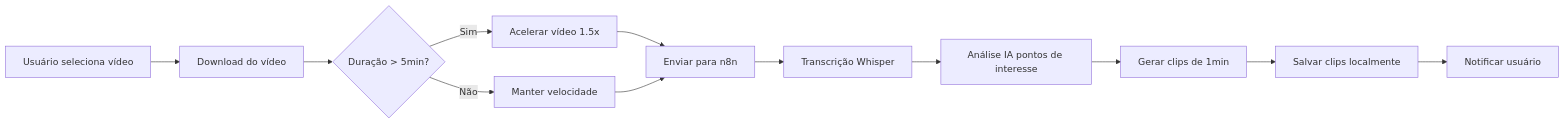
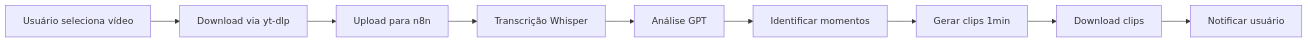
One commit to rodrigomj87/Clipper changed the diagram in README.md. Above: the diagram before and after it, drawn with Mermaid. The commit also changed other lines of this file, not shown here.

````diff
--- a/README.md
+++ b/README.md
@@ -148,14 +187,11 @@
 ```mermaid
 graph LR
-    A[Usuário seleciona vídeo] --> B[Download do vídeo]
-    B --> C{Duração > 5min?}
-    C -->|Sim| D[Acelerar vídeo 1.5x]
-    C -->|Não| E[Manter velocidade]
-    D --> F[Enviar para n8n]
-    E --> F
-    F --> G[Transcrição Whisper]
-    G --> H[Análise IA pontos de interesse]
-    H --> I[Gerar clips de 1min]
-    I --> J[Salvar clips localmente]
-    J --> K[Notificar usuário]
+    A[Usuário seleciona vídeo] --> B[Download via yt-dlp]
+    B --> C[Upload para n8n]
+    C --> D[Transcrição Whisper]
+    D --> E[Análise GPT]
+    E --> F[Identificar momentos]
+    F --> G[Gerar clips 1min]
+    G --> H[Download clips]
+    H --> I[Notificar usuário]
 ```
````
